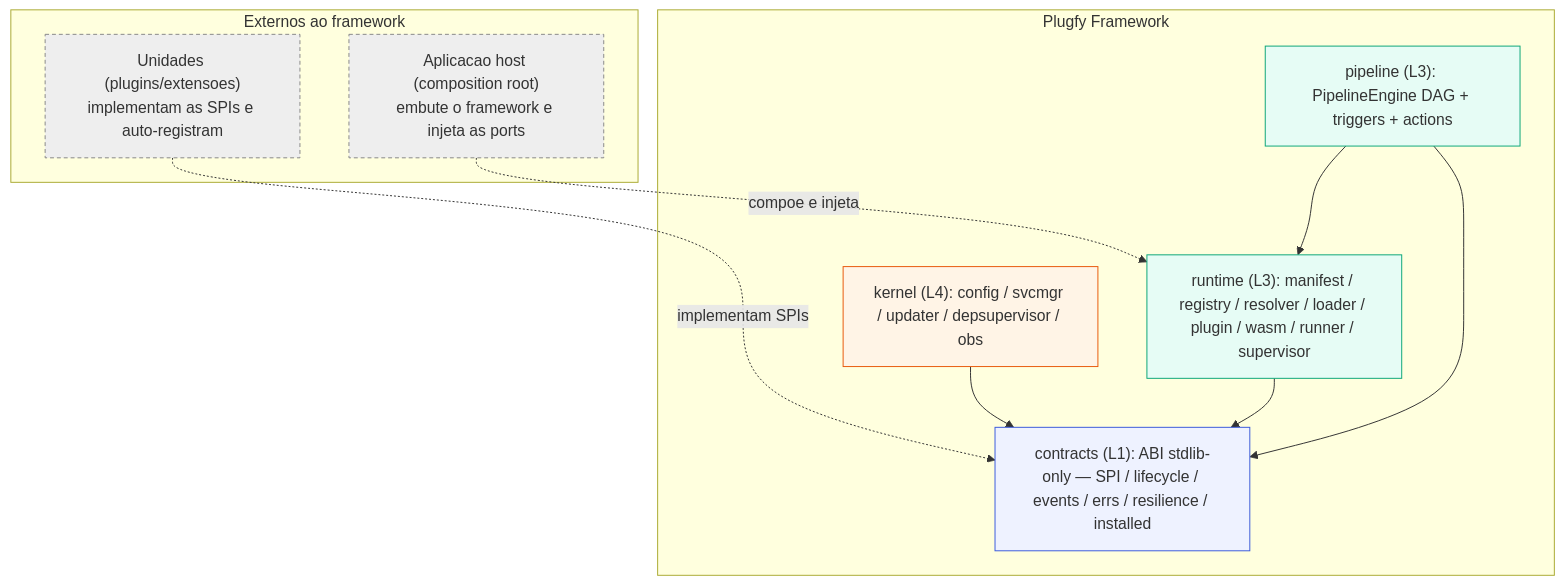
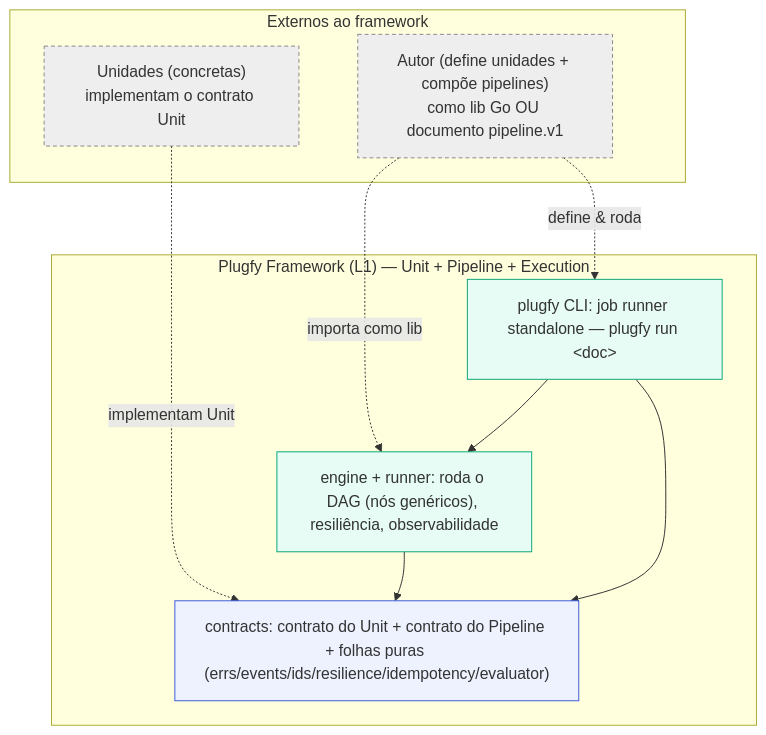
Before and after one commit to PlugfyOS/plugfy.framework.contracts: the first of 17 diagrams in docs/architecture/plugfy-framework-architecture.md, drawn with Mermaid. The commit also changed other lines of this file and 1 other file, not shown here.

First line of the commit message:
docs(architecture): rewrite framework arch doc to final state — Unit + Pipeline + Execution only

````diff
--- a/docs/architecture/plugfy-framework-architecture.md
+++ b/docs/architecture/plugfy-framework-architecture.md
@@ -63,24 +60,22 @@
 ```mermaid
 flowchart TB
   classDef l1 fill:#eef2ff,stroke:#3b5bdb;
-  classDef l3 fill:#e6fcf5,stroke:#0ca678;
-  classDef l4 fill:#fff4e6,stroke:#e8590c;
+  classDef eng fill:#e6fcf5,stroke:#0ca678;
   classDef ext fill:#eeeeee,stroke:#888888,stroke-dasharray:4 3;
   subgraph extb["Externos ao framework"]
-    HOST["Aplicacao host (composition root)<br/>embute o framework e injeta as ports"]
-    UNITS["Unidades (plugins/extensoes)<br/>implementam as SPIs e auto-registram"]
+    AUTHOR["Autor (define unidades + compõe pipelines)<br/>como lib Go OU documento pipeline.v1"]
+    UNITS["Unidades (concretas)<br/>implementam o contrato Unit"]
   end
-  subgraph fw["Plugfy Framework"]
-    KER["kernel (L4): config / svcmgr / updater / depsupervisor / obs"]
-    RUN["runtime (L3): manifest / registry / resolver / loader / plugin / wasm / runner / supervisor"]
-    PIPE["pipeline (L3): PipelineEngine DAG + triggers + actions"]
-    CON["contracts (L1): ABI stdlib-only — SPI / lifecycle / events / errs / resilience / installed"]
+  subgraph fw["Plugfy Framework (L1) — Unit + Pipeline + Execution"]
+    ENG["engine + runner: roda o DAG (nós genéricos), resiliência, observabilidade"]
+    CLI["plugfy CLI: job runner standalone — plugfy run &lt;doc&gt;"]
+    CON["contracts: contrato do Unit + contrato do Pipeline + folhas puras (errs/events/ids/resilience/idempotency/evaluator)"]
   end
-  HOST -.->|"compoe e injeta"| RUN
-  UNITS -.->|"implementam SPIs"| CON
-  KER --> CON
-  RUN --> CON
-  PIPE --> CON
-  PIPE --> RUN
-  class CON l1; class RUN,PIPE l3; class KER l4; class HOST,UNITS ext;
+  AUTHOR -.->|"define & roda"| CLI
+  AUTHOR -.->|"importa como lib"| ENG
+  UNITS -.->|"implementam Unit"| CON
+  ENG --> CON
+  CLI --> ENG
+  CLI --> CON
+  class CON l1; class ENG,CLI eng; class AUTHOR,UNITS ext;
 ```
````
